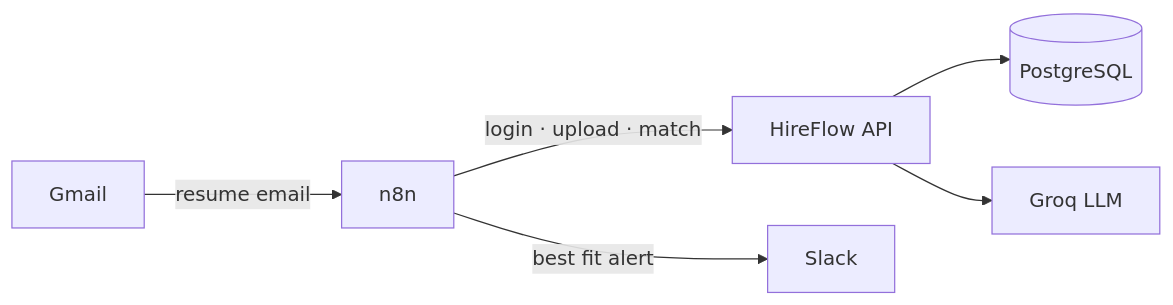
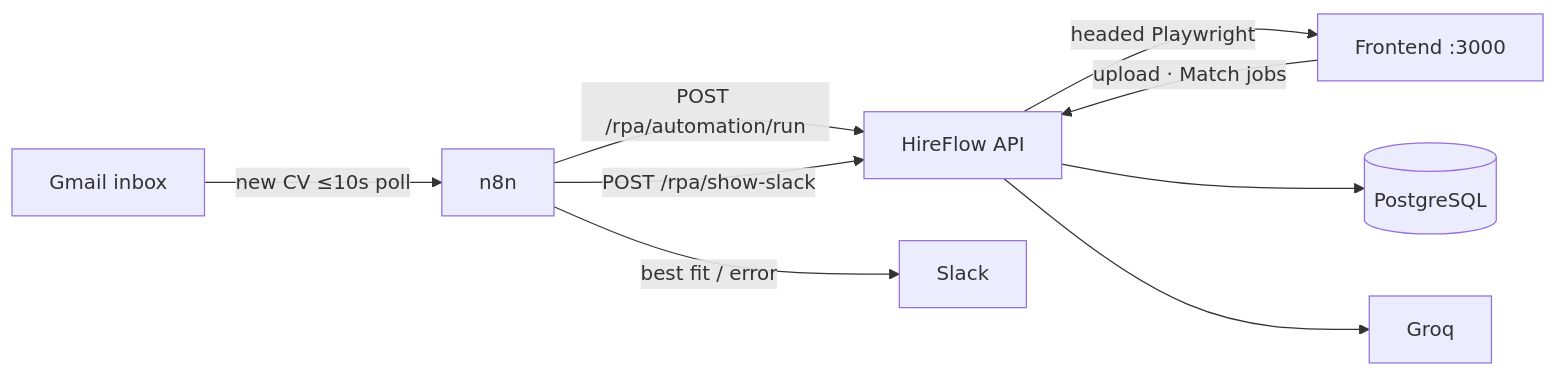
The first of 5 diagrams in README.md (aliashrafabbasi/hireflow-ai-backend), drawn with Mermaid before and after one commit. The commit also changed other lines of this file and 31 other files, not shown here.

First line of the commit message:
feat: add visible RPA mail pipeline, checked-by matching, and docs

````diff
--- a/README.md
+++ b/README.md
@@ -11,8 +13,11 @@
 ```mermaid
 flowchart LR
-  Gmail -->|resume email| n8n
-  n8n -->|login · upload · match| API[HireFlow API]
+  Mail[Gmail inbox] -->|new CV ≤10s poll| n8n
+  n8n -->|POST /rpa/automation/run| API[HireFlow API]
+  API -->|headed Playwright| UI[Frontend :3000]
+  UI -->|upload · Match jobs| API
   API --> DB[(PostgreSQL)]
-  API --> LLM[Groq LLM]
-  n8n -->|best fit alert| Slack
+  API --> LLM[Groq]
+  n8n -->|best fit / error| Slack
+  n8n -->|POST /rpa/show-slack| API
 ```
````
